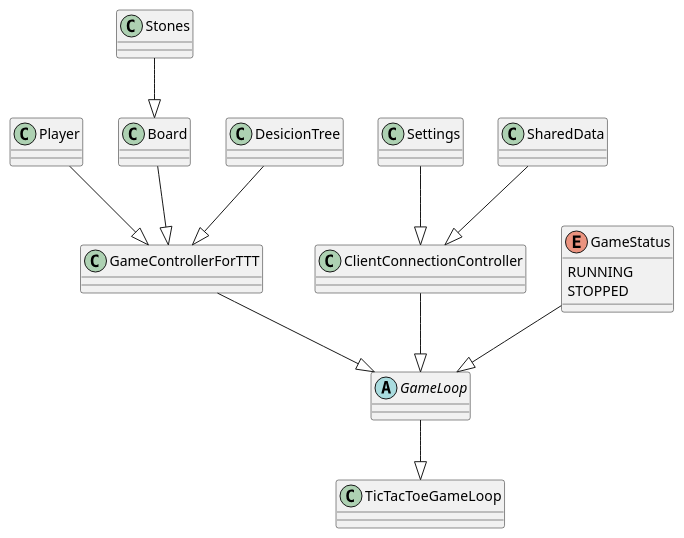
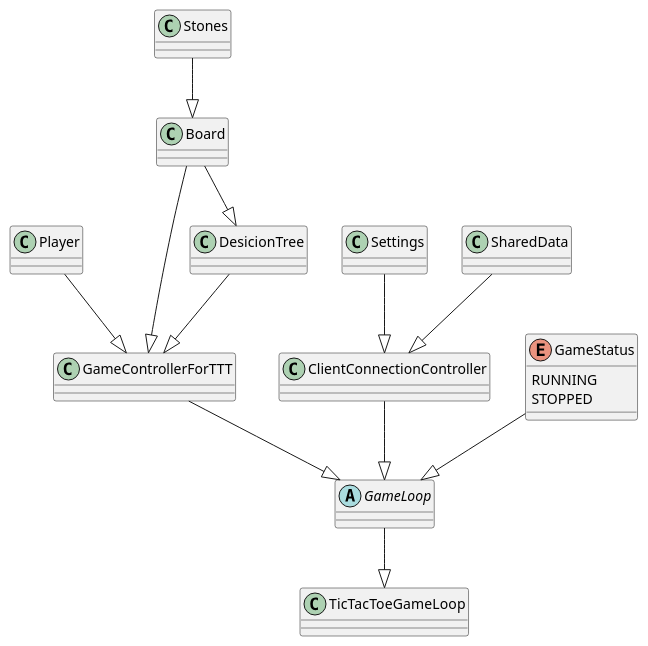
Before and after one commit to nicolaydammer/projectintelligentesystemen: the diagram in diagrams/TicTacToe.puml, drawn with PlantUML. The commit also changed 9 other files, not shown here.

```diff
--- a/diagrams/TicTacToe.puml
+++ b/diagrams/TicTacToe.puml
@@ -1,38 +1,39 @@
 @startuml
 'https://plantuml.com/class-diagram
 
 abstract class GameLoop
 class GameControllerForTTT
 class ClientConnectionController
 class Player
 class Board
 class Stones
 class TicTacToeGameLoop
 class DesicionTree
 class Settings
 class SharedData
 
 
 Stones --|> Board
 Board --|> GameControllerForTTT
+Board --|> DesicionTree
 DesicionTree --|> GameControllerForTTT
 Player --|> GameControllerForTTT
 SharedData --|> ClientConnectionController
 Settings --|> ClientConnectionController
 GameControllerForTTT --|> GameLoop
 GameStatus --|> GameLoop
 ClientConnectionController --|> GameLoop
 GameLoop --|> TicTacToeGameLoop
 
 
 
 
 abstract class GameLoop {
 }
 
 enum GameStatus {
 RUNNING
 STOPPED
 }
 
 @enduml
```
